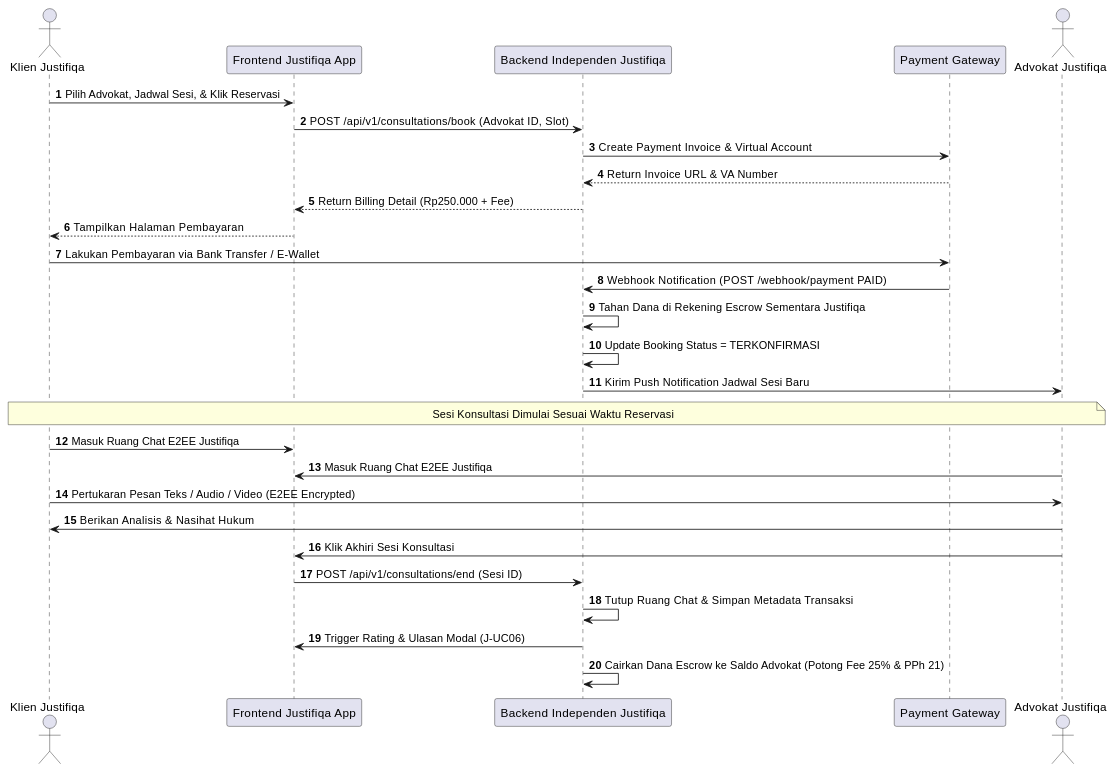
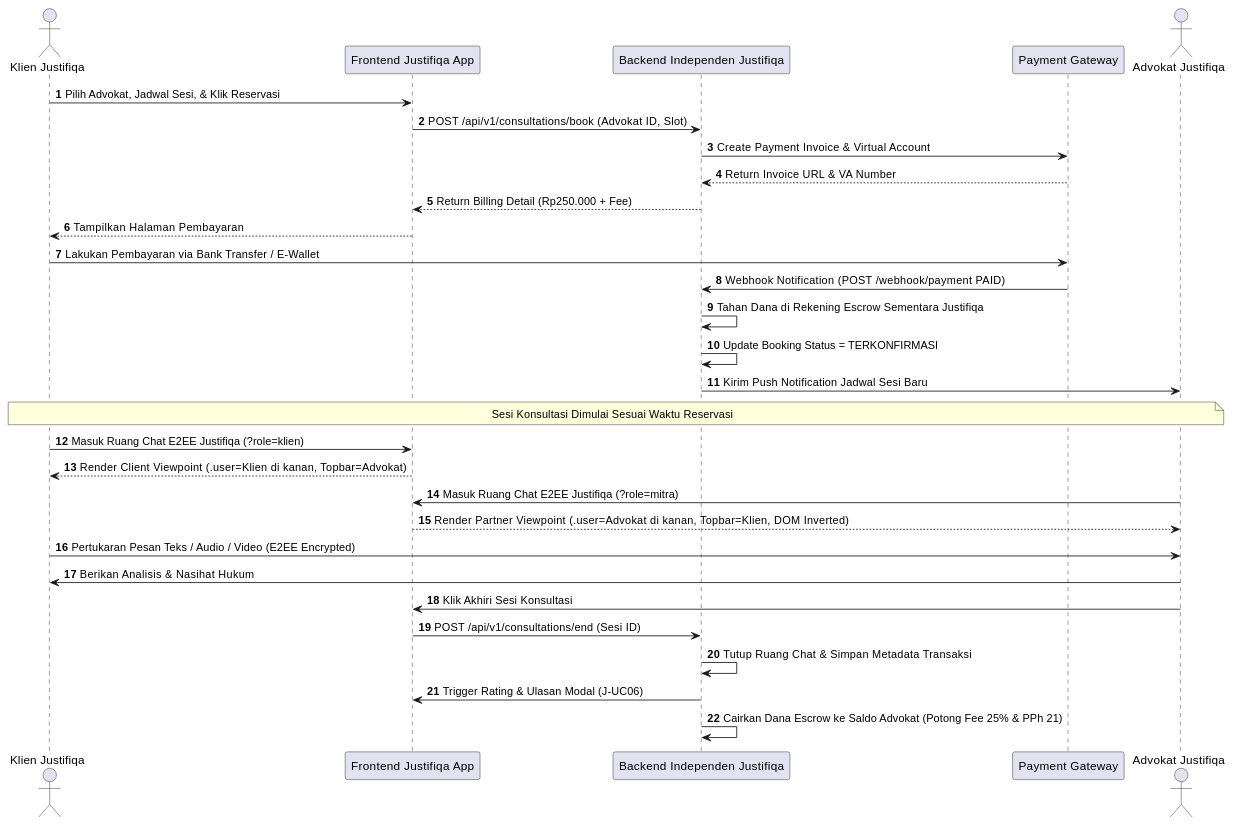
The third of 20 diagrams in MarkDown/plantuml_sequence_diagrams.md (tupperwureism/SuperApp-Gagal), drawn with PlantUML before and after one commit. The commit also changed other lines of this file and 57 other files, not shown here.

Commit message:
chore: save clean state before cascading PlantUML activity diagram fixes

````diff
--- a/MarkDown/plantuml_sequence_diagrams.md
+++ b/MarkDown/plantuml_sequence_diagrams.md
@@ -115,35 +115,37 @@
 ```plantuml
 @startuml
 autonumber
 actor "Klien Justifiqa" as Klien
 participant "Frontend Justifiqa App" as FE
 participant "Backend Independen Justifiqa" as BE
 participant "Payment Gateway" as PG
 actor "Advokat Justifiqa" as Mitra
 
 Klien -> FE : Pilih Advokat, Jadwal Sesi, & Klik Reservasi
 FE -> BE : POST /api/v1/consultations/book (Advokat ID, Slot)
 BE -> PG : Create Payment Invoice & Virtual Account
 PG --> BE : Return Invoice URL & VA Number
 BE --> FE : Return Billing Detail (Rp250.000 + Fee)
 FE --> Klien : Tampilkan Halaman Pembayaran
 
 Klien -> PG : Lakukan Pembayaran via Bank Transfer / E-Wallet
 PG -> BE : Webhook Notification (POST /webhook/payment PAID)
 BE -> BE : Tahan Dana di Rekening Escrow Sementara Justifiqa
 BE -> BE : Update Booking Status = TERKONFIRMASI
 BE -> Mitra : Kirim Push Notification Jadwal Sesi Baru
 
 note over Klien, Mitra : Sesi Konsultasi Dimulai Sesuai Waktu Reservasi
-Klien -> FE : Masuk Ruang Chat E2EE Justifiqa
-Mitra -> FE : Masuk Ruang Chat E2EE Justifiqa
+Klien -> FE : Masuk Ruang Chat E2EE Justifiqa (?role=klien)
+FE --> Klien : Render Client Viewpoint (.user=Klien di kanan, Topbar=Advokat)
+Mitra -> FE : Masuk Ruang Chat E2EE Justifiqa (?role=mitra)
+FE --> Mitra : Render Partner Viewpoint (.user=Advokat di kanan, Topbar=Klien, DOM Inverted)
 Klien -> Mitra : Pertukaran Pesan Teks / Audio / Video (E2EE Encrypted)
 Mitra -> Klien : Berikan Analisis & Nasihat Hukum
 
 Mitra -> FE : Klik Akhiri Sesi Konsultasi
 FE -> BE : POST /api/v1/consultations/end (Sesi ID)
 BE -> BE : Tutup Ruang Chat & Simpan Metadata Transaksi
 BE -> FE : Trigger Rating & Ulasan Modal (J-UC06)
 BE -> BE : Cairkan Dana Escrow ke Saldo Advokat (Potong Fee 25% & PPh 21)
 @enduml
 ```
````
